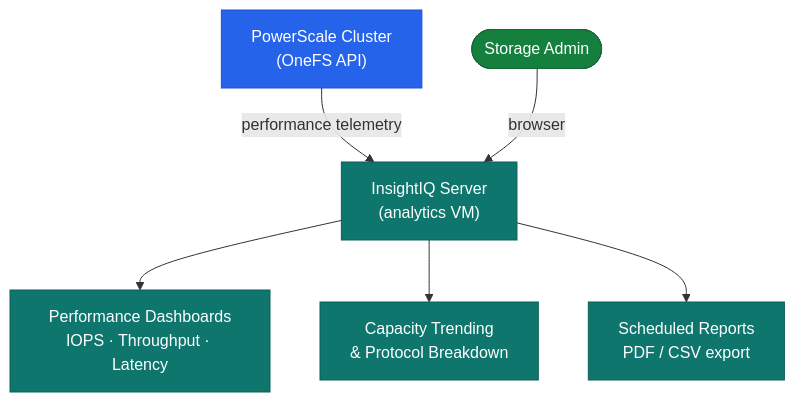
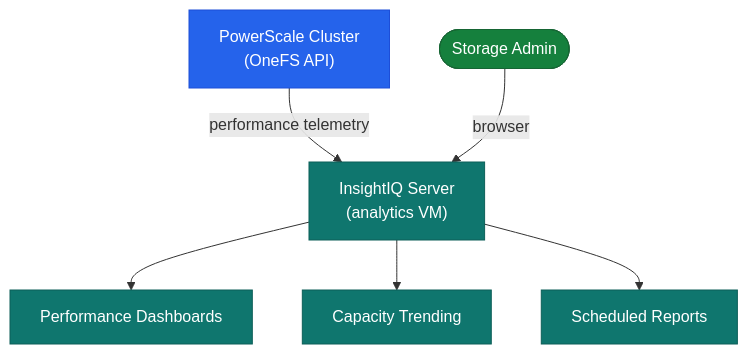
Before and after one commit to canast01/chris-kb: the diagram in docs/monitoring/insightiq/architecture/index.md, drawn with Mermaid. The commit also changed other lines of this file and 38 other files, not shown here.

First line of the commit message:
Migrate 7 critical architecture pages and fix minor card descriptions

````diff
--- a/docs/monitoring/insightiq/architecture/index.md
+++ b/docs/monitoring/insightiq/architecture/index.md
@@ -8,14 +27,14 @@
 ```mermaid
 graph TB
   PS["PowerScale Cluster\n(OneFS API)"] -->|"performance telemetry"| IIQ["InsightIQ Server\n(analytics VM)"]
-  IIQ --> PERF["Performance Dashboards\nIOPS · Throughput · Latency"]
-  IIQ --> CAP["Capacity Trending\n& Protocol Breakdown"]
-  IIQ --> REP["Scheduled Reports\nPDF / CSV export"]
+  IIQ --> PERF["Performance Dashboards"]
+  IIQ --> CAP["Capacity Trending"]
+  IIQ --> REP["Scheduled Reports"]
   ADMIN(["Storage Admin"]) -->|"browser"| IIQ
   classDef ctrl fill:#2563eb,stroke:#1d4ed8,color:#fff
   classDef cloud fill:#0f766e,stroke:#0d5f58,color:#fff
   classDef host fill:#15803d,stroke:#166534,color:#fff
   class PS ctrl
   class IIQ,PERF,CAP,REP cloud
   class ADMIN host
 ```
````
